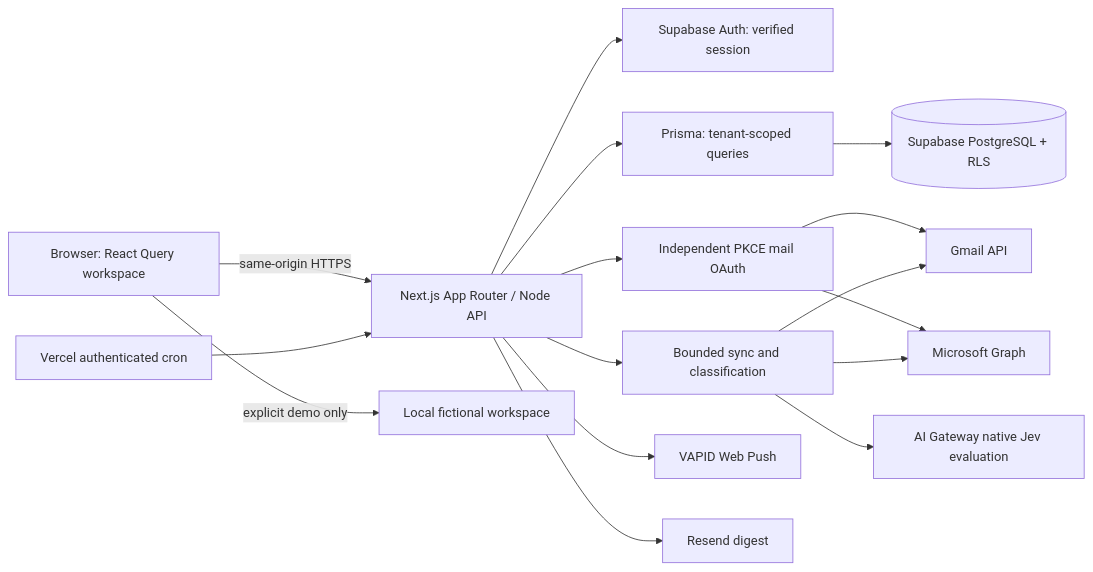
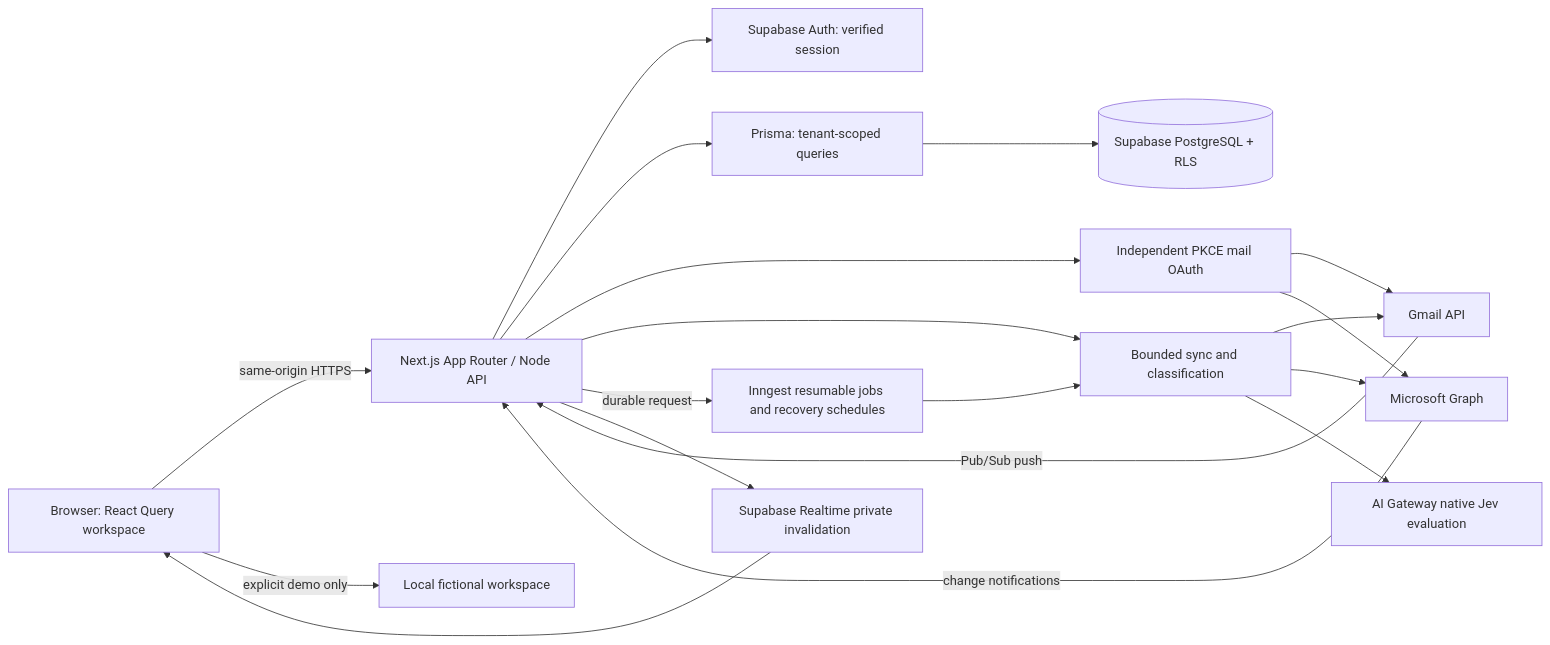
Before and after one commit to Solomon-mithra/evailbox: the first of 3 diagrams in docs/engineering/ENGINEERING.md, drawn with Mermaid. The commit also changed other lines of this file and 8 other files, not shown here.

````diff
--- a/docs/engineering/ENGINEERING.md
+++ b/docs/engineering/ENGINEERING.md
@@ -20,18 +21,21 @@
 ```mermaid
 flowchart LR
   B[Browser: React Query workspace] -->|same-origin HTTPS| N[Next.js App Router / Node API]
   B -->|explicit demo only| D[Local fictional workspace]
   N --> A[Supabase Auth: verified session]
   N --> P[Prisma: tenant-scoped queries]
   P --> DB[(Supabase PostgreSQL + RLS)]
   N --> O[Independent PKCE mail OAuth]
   O --> G[Gmail API]
   O --> M[Microsoft Graph]
   N --> S[Bounded sync and classification]
   S --> G
   S --> M
   S --> J[AI Gateway native Jev evaluation]
-  C[Vercel authenticated cron] --> N
-  N --> W[VAPID Web Push]
-  N --> R[Resend digest]
+  I[Inngest resumable jobs and recovery schedules] --> S
+  N -->|durable request| I
+  G -->|Pub/Sub push| N
+  M -->|change notifications| N
+  N --> RT[Supabase Realtime private invalidation]
+  RT --> B
 ```
````
